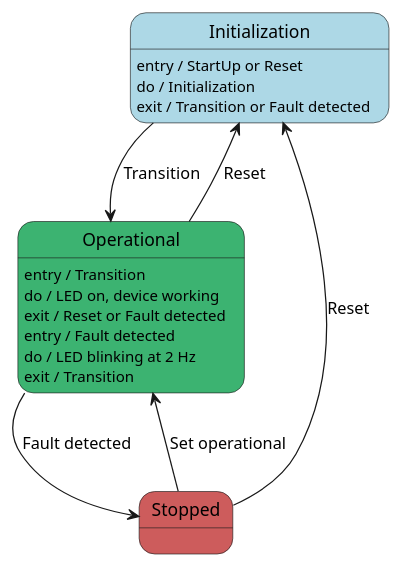
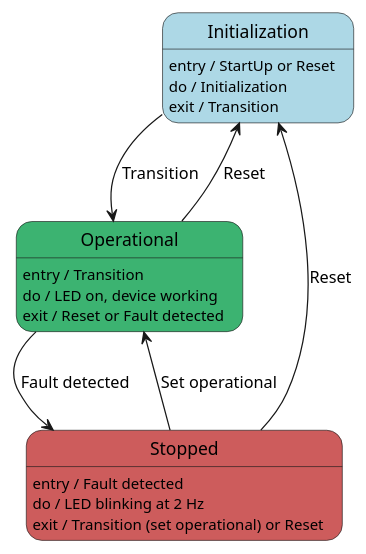
One commit to pall23-mech/EmbeddedSysGr1 changed the diagram in DynamicController/docs/diagrams/src/state_part2.puml. Above: the diagram before and after it, drawn with PlantUML. The commit also changed 27 other files, not shown here.

```diff
--- a/DynamicController/docs/diagrams/src/state_part2.puml
+++ b/DynamicController/docs/diagrams/src/state_part2.puml
@@ -1,27 +1,27 @@
 @startuml State 2
 
 state "Initialization" as I #LightBlue
 I : entry / StartUp or Reset
 I : do / Initialization
-I : exit / Transition or Fault detected
+I : exit / Transition
 
 state "Operational" as O #MediumSeaGreen
 O : entry / Transition
 O : do / LED on, device working
 O : exit / Reset or Fault detected
 
 state "Stopped" as S #IndianRed
-O : entry / Fault detected
-O : do / LED blinking at 2 Hz
-O : exit / Transition
+S : entry / Fault detected
+S : do / LED blinking at 2 Hz
+S : exit / Transition (set operational) or Reset
 
 
 O --> I : Reset
 O --> S : Fault detected
 
 I --> O : Transition
 
 S --> O : Set operational
 S --> I : Reset
 
 @enduml
```
